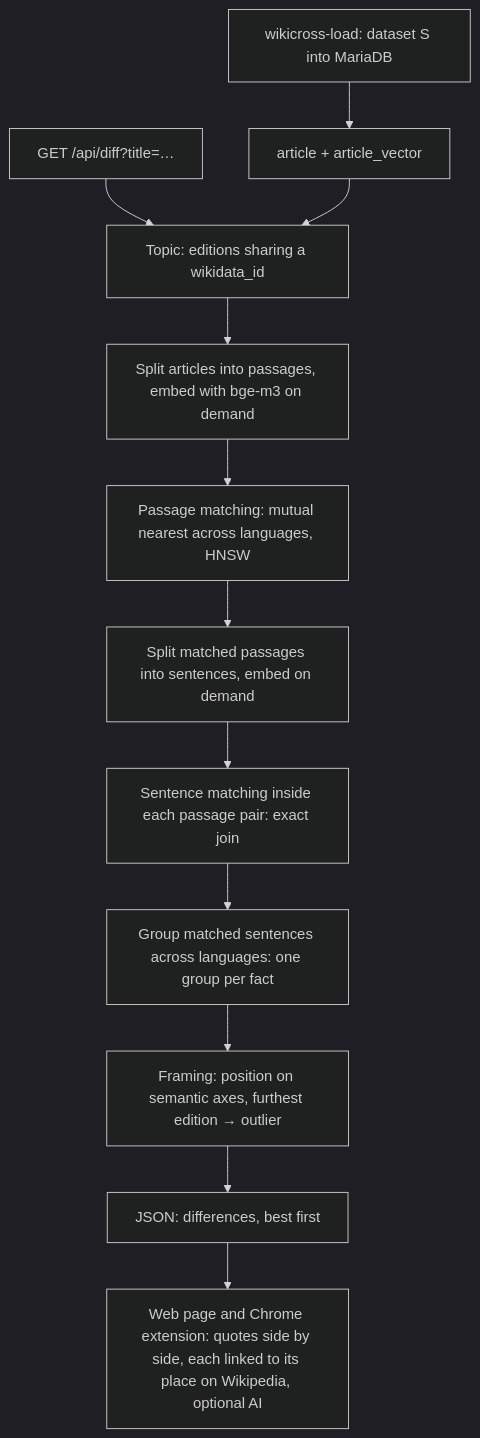
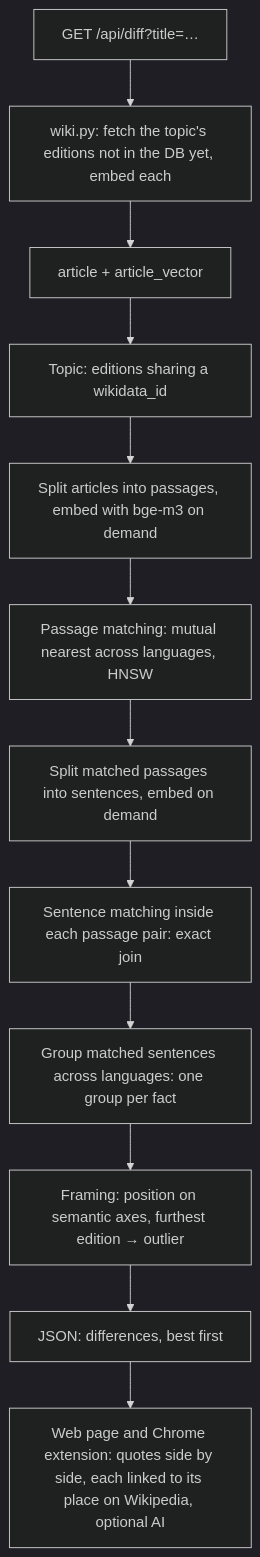
The first of 7 diagrams in wikicross/docs/how-it-works.md (ardubev16/junction2026), drawn with Mermaid (dark theme) before and after one commit. The commit also changed other lines of this file and 11 other files, not shown here.

First line of the commit message:
Remove the dataset S loader: every edition comes from the live Wikipedia fetch

````diff
--- a/wikicross/docs/how-it-works.md
+++ b/wikicross/docs/how-it-works.md
@@ -18,14 +18,14 @@
 ```mermaid
 flowchart TD
-  L[wikicross-load: dataset S into MariaDB] --> A[article + article_vector]
-  Q[GET /api/diff?title=…] --> T[Topic: editions sharing a wikidata_id]
-  A --> T
+  Q[GET /api/diff?title=…] --> W[wiki.py: fetch the topic's editions not in the DB yet, embed each]
+  W --> A[article + article_vector]
+  A --> T[Topic: editions sharing a wikidata_id]
   T --> E1[Split articles into passages, embed with bge-m3 on demand]
   E1 --> P[Passage matching: mutual nearest across languages, HNSW]
   P --> E2[Split matched passages into sentences, embed on demand]
   E2 --> S[Sentence matching inside each passage pair: exact join]
   S --> G[Group matched sentences across languages: one group per fact]
   G --> F2[Framing: position on semantic axes, furthest edition → outlier]
   F2 --> R[JSON: differences, best first]
   R --> UI[Web page and Chrome extension: quotes side by side, each linked to its place on Wikipedia, optional AI]
 ```
````
